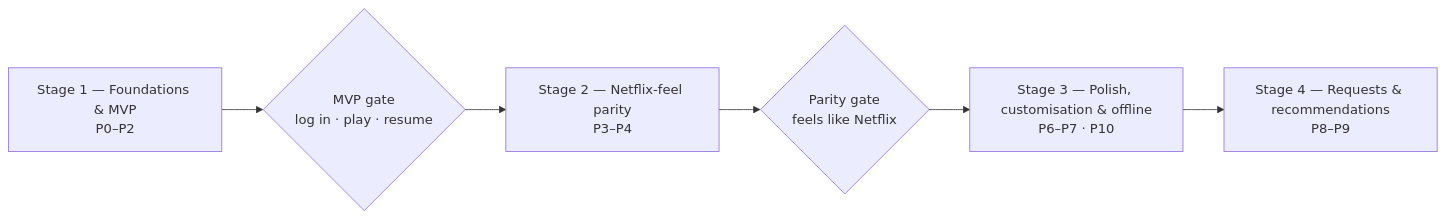
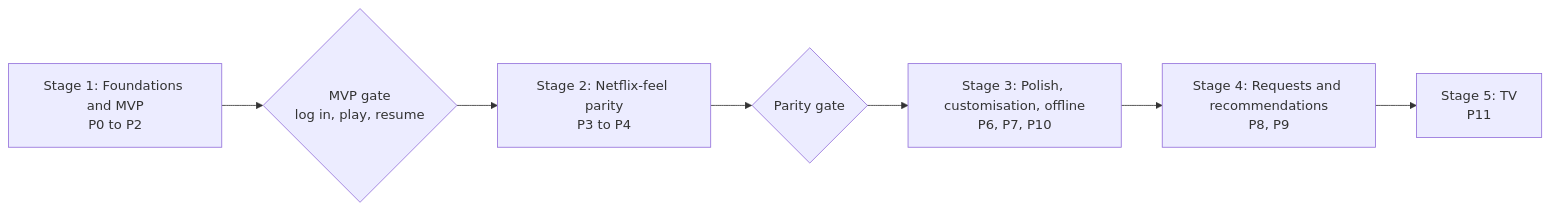
The first of 2 diagrams in docs/ROADMAP.md (VibeyFin/VibeyFin), drawn with Mermaid before and after one commit. The commit also changed other lines of this file and 9 other files, not shown here.

First line of the commit message:
feat: separate debug and release app IDs with a Debug icon, refresh roadmap (#147)

````diff
--- a/docs/ROADMAP.md
+++ b/docs/ROADMAP.md
@@ -40,6 +55,7 @@
 ```mermaid
 flowchart LR
-  A["Stage 1 — Foundations & MVP<br/>P0–P2"] --> G1{"MVP gate<br/>log in · play · resume"}
-  G1 --> B["Stage 2 — Netflix-feel parity<br/>P3–P4"] --> G2{"Parity gate<br/>feels like Netflix"}
-  G2 --> C["Stage 3 — Polish, customisation & offline<br/>P6–P7 · P10"] --> D["Stage 4 — Requests & recommendations<br/>P8–P9"]
+  A["Stage 1: Foundations and MVP<br/>P0 to P2"] --> G1{"MVP gate<br/>log in, play, resume"}
+  G1 --> B["Stage 2: Netflix-feel parity<br/>P3 to P4"] --> G2{"Parity gate"}
+  G2 --> C["Stage 3: Polish, customisation, offline<br/>P6, P7, P10"] --> D["Stage 4: Requests and recommendations<br/>P8, P9"]
+  D --> E["Stage 5: TV<br/>P11"]
 ```
````
